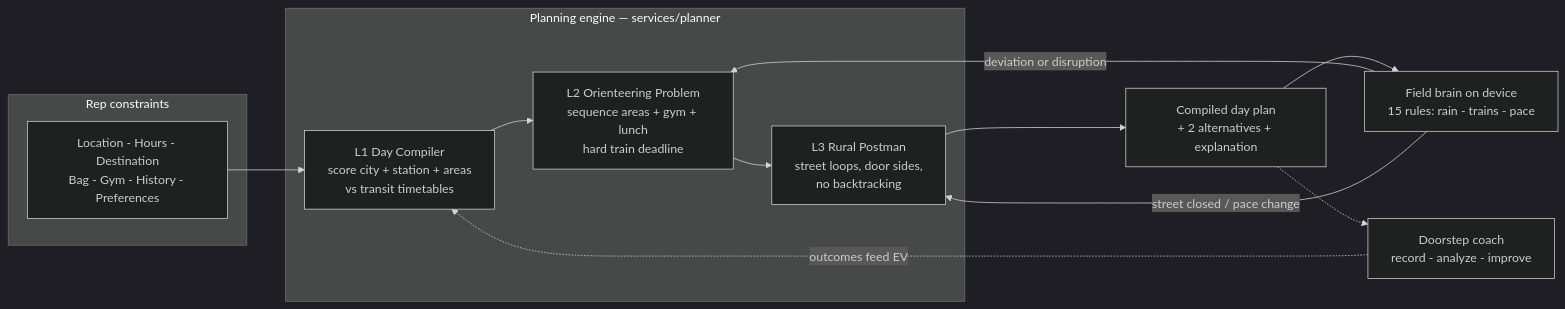
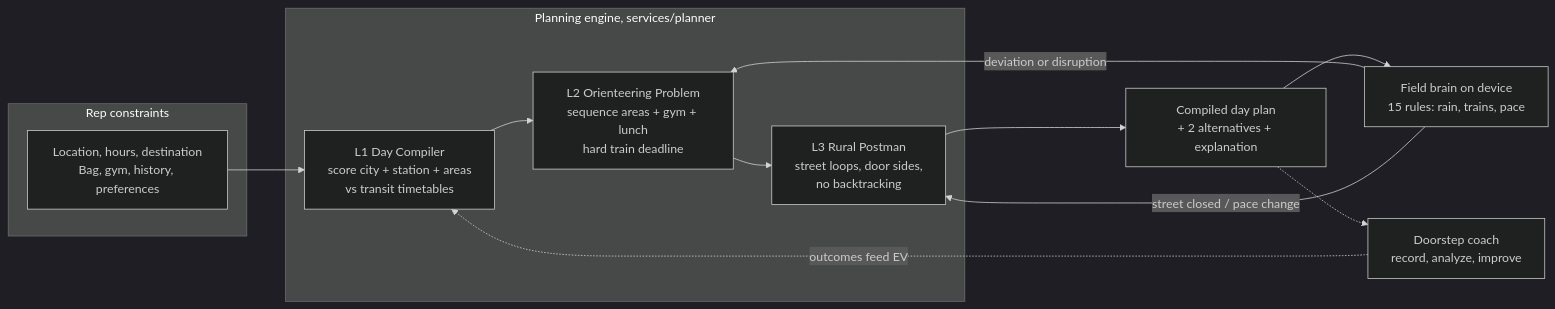
One commit to atlasshb/2DAY changed the first of 2 diagrams in README.md. Above: the diagram before and after it, drawn with Mermaid (dark theme). The commit also changed other lines of this file, not shown here.

````diff
--- a/README.md
+++ b/README.md
@@ -87,19 +94,19 @@
 ```mermaid
 flowchart LR
     subgraph inputs [Rep constraints]
-      A[Location - Hours - Destination<br/>Bag - Gym - History - Preferences]
+      A[Location, hours, destination<br/>Bag, gym, history, preferences]
     end
     A --> L1
-    subgraph engine [Planning engine — services/planner]
+    subgraph engine [Planning engine, services/planner]
       L1[L1 Day Compiler<br/>score city + station + areas<br/>vs transit timetables]
       L2[L2 Orienteering Problem<br/>sequence areas + gym + lunch<br/>hard train deadline]
       L3[L3 Rural Postman<br/>street loops, door sides,<br/>no backtracking]
       L1 --> L2 --> L3
     end
     L3 --> P[Compiled day plan<br/>+ 2 alternatives + explanation]
-    P --> F[Field brain on device<br/>15 rules: rain - trains - pace]
+    P --> F[Field brain on device<br/>15 rules: rain, trains, pace]
     F -->|deviation or disruption| L2
     F -->|street closed / pace change| L3
-    P -.-> C[Doorstep coach<br/>record - analyze - improve]
+    P -.-> C[Doorstep coach<br/>record, analyze, improve]
     C -.->|outcomes feed EV| L1
 ```
````
